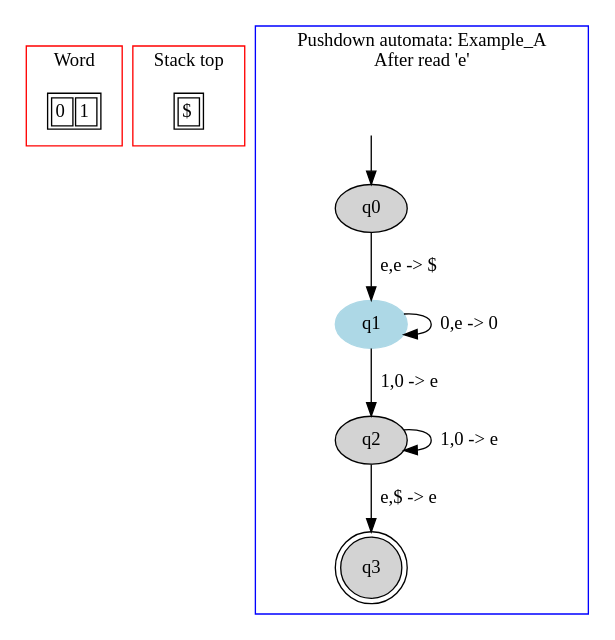
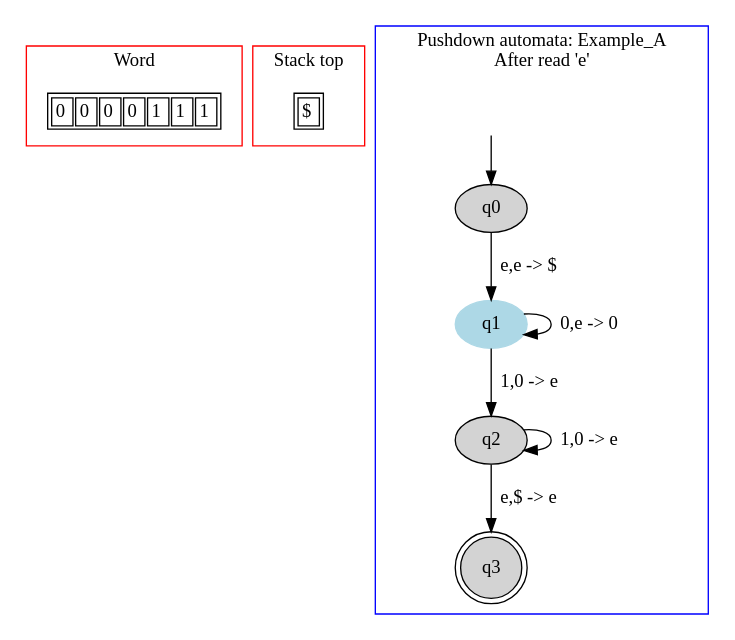
The diagram in PA/images/file2.dot (danielScLima/pushdown_automata), drawn with Graphviz before and after one commit. The commit also changed 21 other files, not shown here.

```diff
--- a/PA/images/file2.dot
+++ b/PA/images/file2.dot
@@ -1,43 +1,48 @@
 digraph G {
 	subgraph cluster_0 {
 		node [shape=plaintext];
 
 struct1 [label=<<TABLE>
 <TR>
 <TD><FONT>0</FONT></TD>
+<TD><FONT>0</FONT></TD>
+<TD><FONT>0</FONT></TD>
+<TD><FONT>0</FONT></TD>
+<TD><FONT>1</FONT></TD>
+<TD><FONT>1</FONT></TD>
 <TD><FONT>1</FONT></TD>
 </TR>
 </TABLE>>];
 label = "Word";
 color=red;
 }
 	subgraph cluster_2 {
 		node [shape=plaintext];
 
 struct2 [label=<<TABLE>
 <TR>
 <TD>
 $</TD>
 </TR>
 </TABLE>>];
 label = "Stack top";
 color=red;
 }
 	subgraph cluster_1 {
 		node [style=filled];
 		label = "Pushdown automata: Example_A
 After read 'e'"
 		color=blue;
 
 		q0;
 		q1 [color="lightblue"];
 		q2;
 		q3 [shape="doublecircle"];
 		q0->q1[label="e,e -> $"];
 		q1->q1[label="0,e -> 0"];
 		q1->q2[label="1,0 -> e"];
 		q2->q2[label="1,0 -> e"];
 		q2->q3[label="e,$ -> e"];
 x [color=white, label=""];		x->q0	}
 
 }
```
